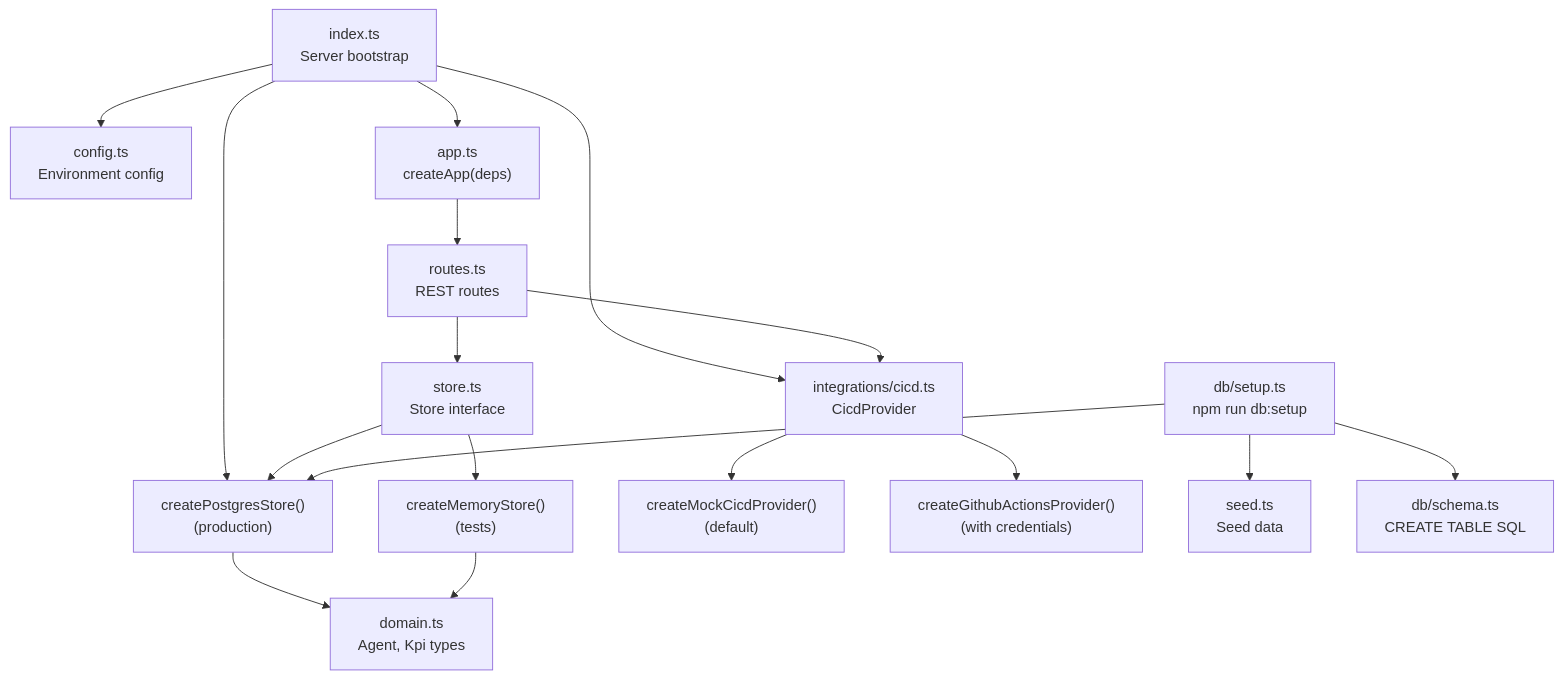
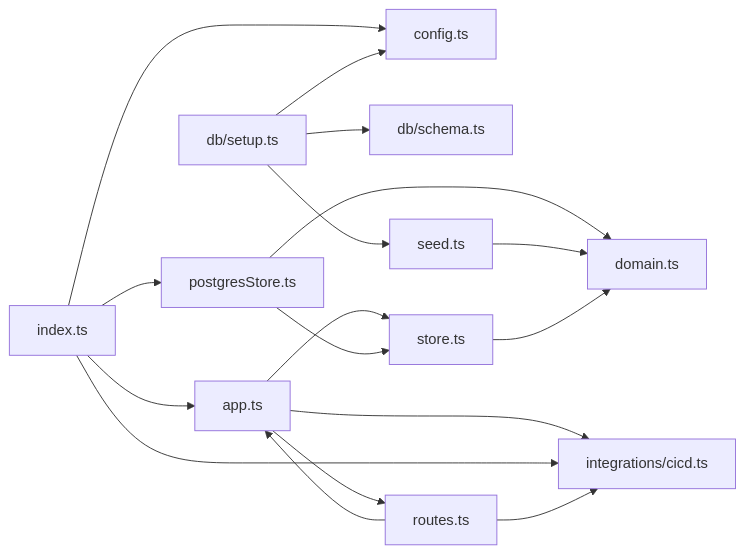
The diagram in docs-site/src/content/docs/backend/overview.md (Gunashekharp/sdlc-sample-worflow), drawn with Mermaid before and after one commit. The commit also changed other lines of this file and 65 other files, not shown here.

````diff
--- a/docs-site/src/content/docs/backend/overview.md
+++ b/docs-site/src/content/docs/backend/overview.md
@@ -12,34 +36,32 @@
 ```mermaid
-flowchart TD
-  index["index.ts\nServer bootstrap"]
-  config["config.ts\nEnvironment config"]
-  app["app.ts\ncreateApp(deps)"]
-  routes["routes.ts\nREST routes"]
-  store["store.ts\nStore interface"]
-  memory["createMemoryStore()\n(tests)"]
-  postgres["createPostgresStore()\n(production)"]
-  cicd["integrations/cicd.ts\nCicdProvider"]
-  mock["createMockCicdProvider()\n(default)"]
-  github["createGithubActionsProvider()\n(with credentials)"]
-  domain["domain.ts\nAgent, Kpi types"]
-  seed["seed.ts\nSeed data"]
-  schema["db/schema.ts\nCREATE TABLE SQL"]
-  setup["db/setup.ts\nnpm run db:setup"]
-
-  index --> config
-  index --> postgres
-  index --> cicd
-  index --> app
-  app --> routes
-  routes --> store
-  routes --> cicd
-  store --> memory
-  store --> postgres
-  cicd --> mock
-  cicd --> github
-  postgres --> domain
-  memory --> domain
-  setup --> schema
-  setup --> seed
-  setup --> postgres
+%% Module dependency graph for backend
+%% Auto-generated from source by scripts/docs/extract-diagrams.ts. Do not edit by hand — changes will be overwritten on the next docs-agent run.
+flowchart LR
+  app_ts["app.ts"]
+  config_ts["config.ts"]
+  db_schema_ts["db/schema.ts"]
+  db_setup_ts["db/setup.ts"]
+  domain_ts["domain.ts"]
+  index_ts["index.ts"]
+  integrations_cicd_ts["integrations/cicd.ts"]
+  postgresStore_ts["postgresStore.ts"]
+  routes_ts["routes.ts"]
+  seed_ts["seed.ts"]
+  store_ts["store.ts"]
+  app_ts --> store_ts
+  app_ts --> integrations_cicd_ts
+  app_ts --> routes_ts
+  index_ts --> config_ts
+  index_ts --> app_ts
+  index_ts --> postgresStore_ts
+  index_ts --> integrations_cicd_ts
+  postgresStore_ts --> domain_ts
+  postgresStore_ts --> store_ts
+  routes_ts --> app_ts
+  routes_ts --> integrations_cicd_ts
+  seed_ts --> domain_ts
+  store_ts --> domain_ts
+  db_setup_ts --> config_ts
+  db_setup_ts --> db_schema_ts
+  db_setup_ts --> seed_ts
 ```
````
